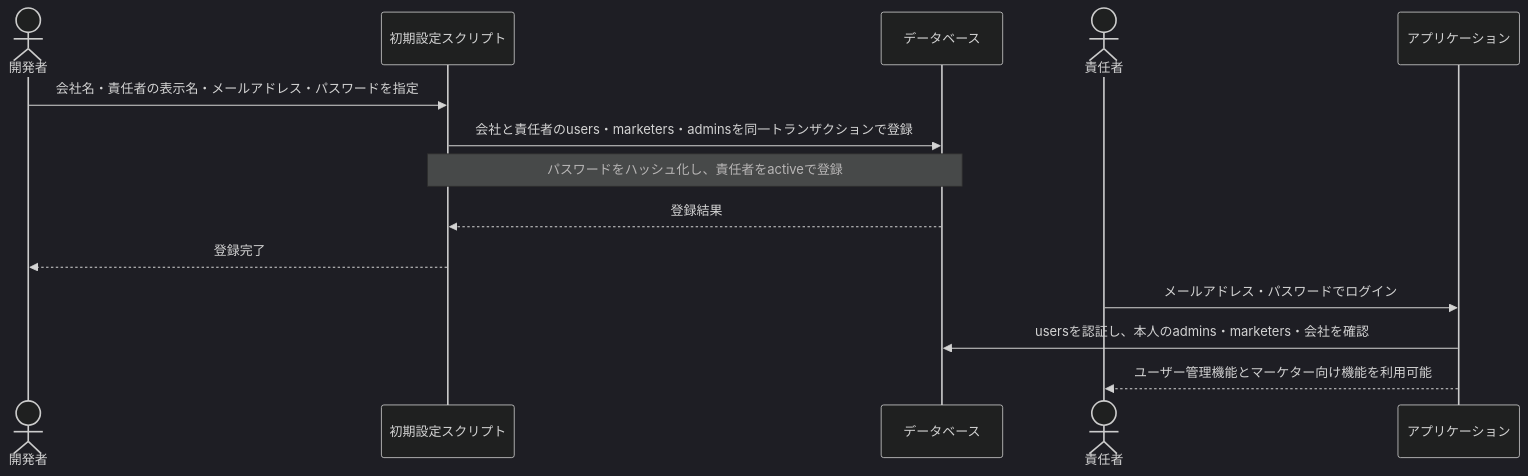
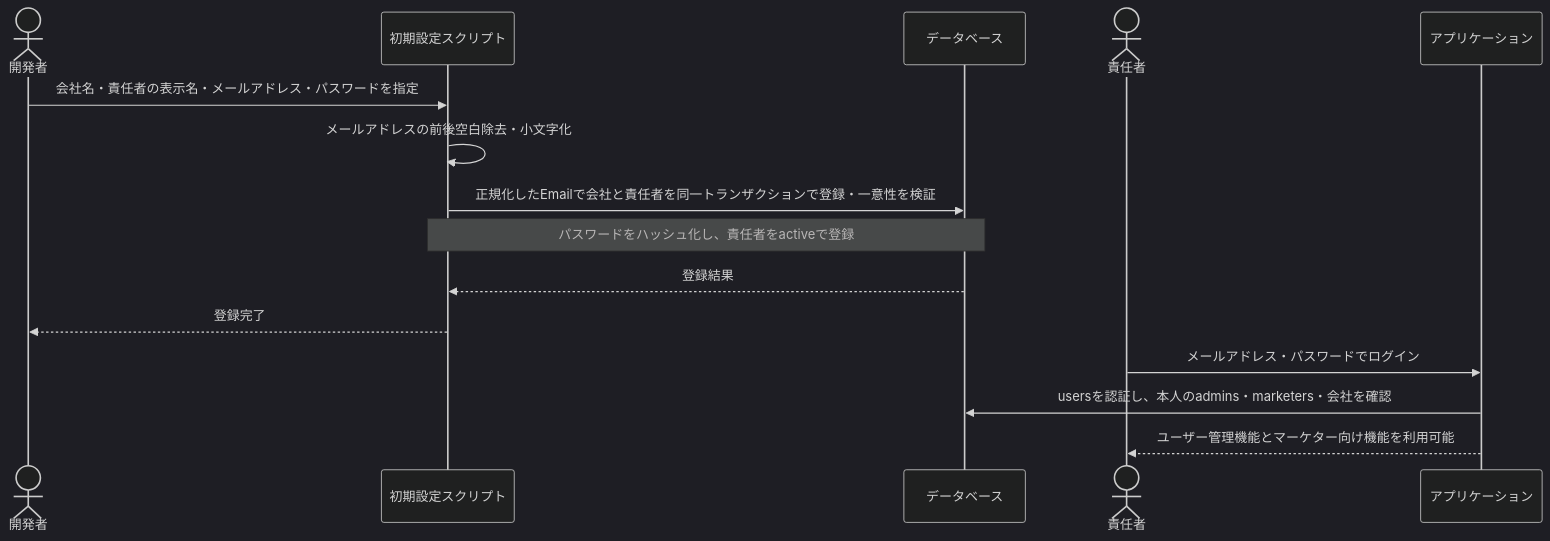
One commit to nishimura-yuma77/hiromeru changed the fifth of 8 diagrams in docs/v.0.1/USECASE.md. Above: the diagram before and after it, drawn with Mermaid (dark theme). The commit also changed other lines of this file and 5 other files, not shown here.

````diff
--- a/docs/v.0.1/USECASE.md
+++ b/docs/v.0.1/USECASE.md
@@ -426,17 +428,18 @@
 ```mermaid
 sequenceDiagram
     actor Operator as 開発者
     participant Script as 初期設定スクリプト
     participant DB as データベース
     actor Owner as 責任者
     participant App as アプリケーション
 
     Operator->>Script: 会社名・責任者の表示名・メールアドレス・パスワードを指定
-    Script->>DB: 会社と責任者のusers・marketers・adminsを同一トランザクションで登録
+    Script->>Script: メールアドレスの前後空白除去・小文字化
+    Script->>DB: 正規化したEmailで会社と責任者を同一トランザクションで登録・一意性を検証
     Note over Script,DB: パスワードをハッシュ化し、責任者をactiveで登録
     DB-->>Script: 登録結果
     Script-->>Operator: 登録完了
     Owner->>App: メールアドレス・パスワードでログイン
     App->>DB: usersを認証し、本人のadmins・marketers・会社を確認
     App-->>Owner: ユーザー管理機能とマーケター向け機能を利用可能
 ```
````
